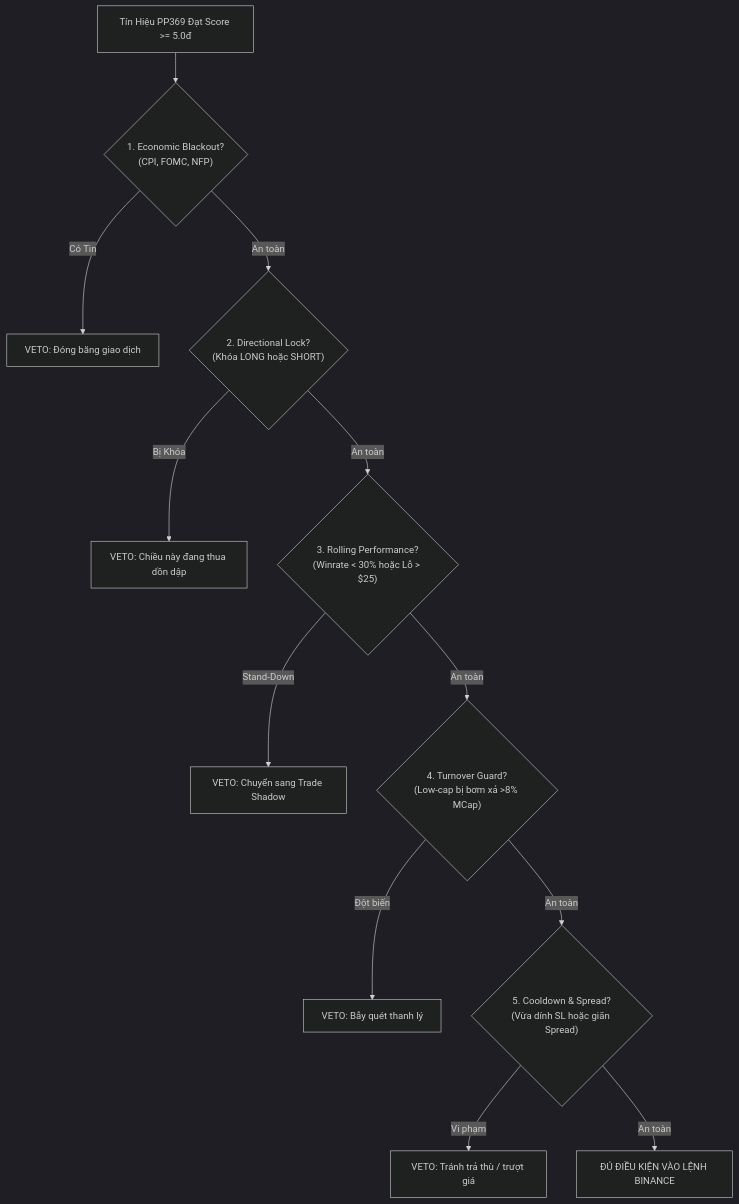
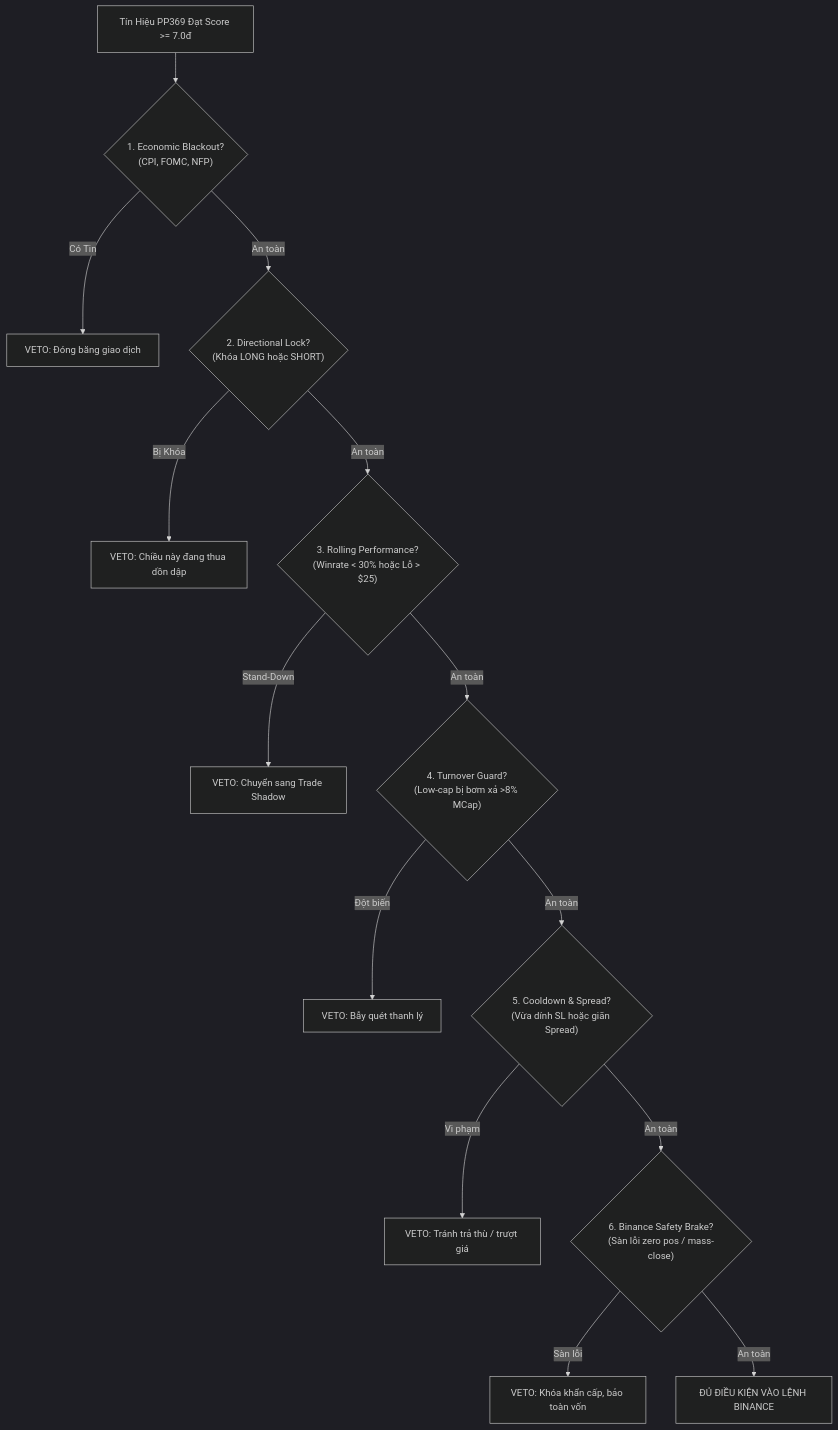
One commit to hoanglam123/369futures changed the diagram in MO_TA_CHI_TIET_369FUTURES.md. Above: the diagram before and after it, drawn with Mermaid (dark theme). The commit also changed other lines of this file, not shown here.

````diff
--- a/MO_TA_CHI_TIET_369FUTURES.md
+++ b/MO_TA_CHI_TIET_369FUTURES.md
@@ -278,18 +462,21 @@
 ```mermaid
 flowchart TD
-    Signal["Tín Hiệu PP369 Đạt Score >= 5.0đ"] --> CB1{"1. Economic Blackout?<br>(CPI, FOMC, NFP)"}
+    Signal["Tín Hiệu PP369 Đạt Score >= 7.0đ"] --> CB1{"1. Economic Blackout?<br>(CPI, FOMC, NFP)"}
     CB1 -->|Có Tin| Drop1["VETO: Đóng băng giao dịch"]
     CB1 -->|An toàn| CB2{"2. Directional Lock?<br>(Khóa LONG hoặc SHORT)"}
     
     CB2 -->|Bị Khóa| Drop2["VETO: Chiều này đang thua dồn dập"]
     CB2 -->|An toàn| CB3{"3. Rolling Performance?<br>(Winrate < 30% hoặc Lỗ > $25)"}
     
     CB3 -->|Stand-Down| Drop3["VETO: Chuyển sang Trade Shadow"]
     CB3 -->|An toàn| CB4{"4. Turnover Guard?<br>(Low-cap bị bơm xả >8% MCap)"}
     
     CB4 -->|Đột biến| Drop4["VETO: Bẫy quét thanh lý"]
     CB4 -->|An toàn| CB5{"5. Cooldown & Spread?<br>(Vừa dính SL hoặc giãn Spread)"}
     
     CB5 -->|Vi phạm| Drop5["VETO: Tránh trả thù / trượt giá"]
-    CB5 -->|An toàn| Pass["ĐỦ ĐIỀU KIỆN VÀO LỆNH BINANCE"]
+    CB5 -->|An toàn| CB6{"6. Binance Safety Brake?<br>(Sàn lỗi zero pos / mass-close)"}
+    
+    CB6 -->|Sàn lỗi| Drop6["VETO: Khóa khẩn cấp, bảo toàn vốn"]
+    CB6 -->|An toàn| Pass["ĐỦ ĐIỀU KIỆN VÀO LỆNH BINANCE"]
 ```
````
